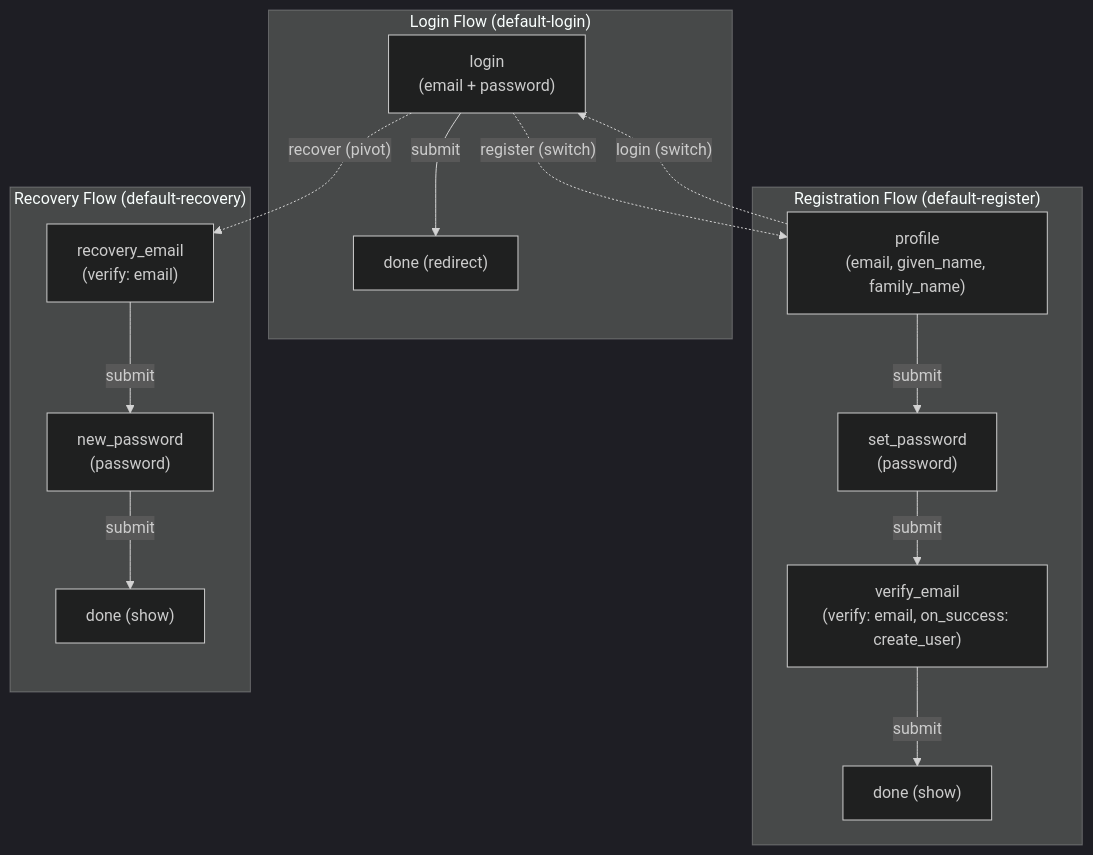
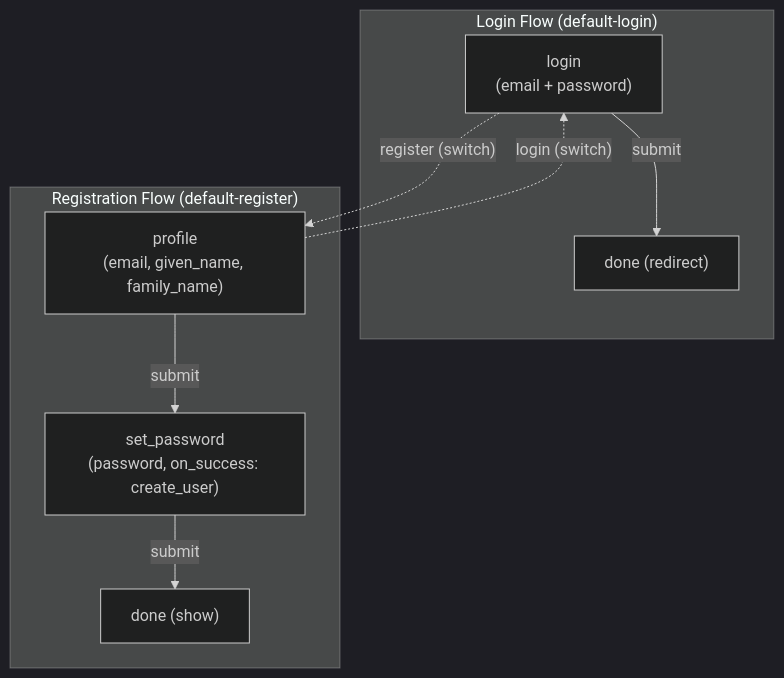
The ninth of 10 diagrams in docs/design/flowengine/flow-engine-guide.md (zitadel/nextgen), drawn with Mermaid (dark theme) before and after one commit. The commit also changed other lines of this file and 5 other files, not shown here.

````diff
--- a/docs/design/flowengine/flow-engine-guide.md
+++ b/docs/design/flowengine/flow-engine-guide.md
@@ -638,33 +601,21 @@
 ```mermaid
 graph TD
     subgraph "Login Flow (default-login)"
         login["login<br>(email + password)"]
         login_done["done (redirect)"]
 
         login -->|submit| login_done
     end
 
     subgraph "Registration Flow (default-register)"
         profile["profile<br>(email, given_name, family_name)"]
-        set_pwd["set_password<br>(password)"]
-        verify["verify_email<br>(verify: email, on_success: create_user)"]
+        set_pwd["set_password<br>(password, on_success: create_user)"]
         reg_done["done (show)"]
 
         profile -->|submit| set_pwd
-        set_pwd -->|submit| verify
-        verify -->|submit| reg_done
-    end
-
-    subgraph "Recovery Flow (default-recovery)"
-        rec_email["recovery_email<br>(verify: email)"]
-        new_pwd["new_password<br>(password)"]
-        rec_done["done (show)"]
-
-        rec_email -->|submit| new_pwd
-        new_pwd -->|submit| rec_done
+        set_pwd -->|submit| reg_done
     end
 
     login -.->|"register (switch)"| profile
     profile -.->|"login (switch)"| login
-    login -.->|"recover (pivot)"| rec_email
 ```
````
